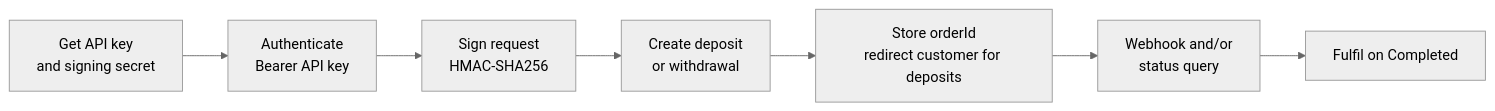
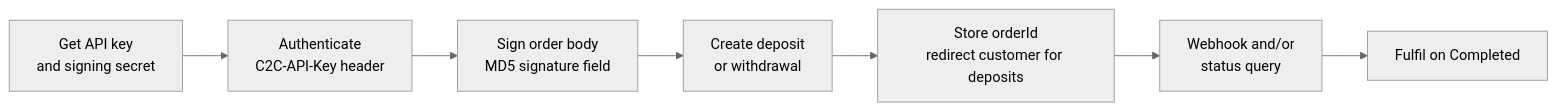
Before and after one commit to harisnaseer191/c2c-mintlify-docs: the diagram in index.mdx, drawn with Mermaid (neutral theme). The commit also changed other lines of this file and 18 other files, not shown here.

First line of the commit message:
Document WayPay-compatible request signing and remove Merchant API rate limits (#3)

````diff
--- a/index.mdx
+++ b/index.mdx
@@ -17,9 +17,9 @@
 ```mermaid
 flowchart LR
-    A[Get API key<br/>and signing secret] --> B[Authenticate<br/>Bearer API key]
-    B --> C[Sign request<br/>HMAC-SHA256]
+    A[Get API key<br/>and signing secret] --> B[Authenticate<br/>C2C-API-Key header]
+    B --> C[Sign order body<br/>MD5 signature field]
     C --> D[Create deposit<br/>or withdrawal]
     D --> E[Store orderId<br/>redirect customer for deposits]
     E --> F[Webhook and/or<br/>status query]
     F --> G[Fulfil on Completed]
 ```
````
